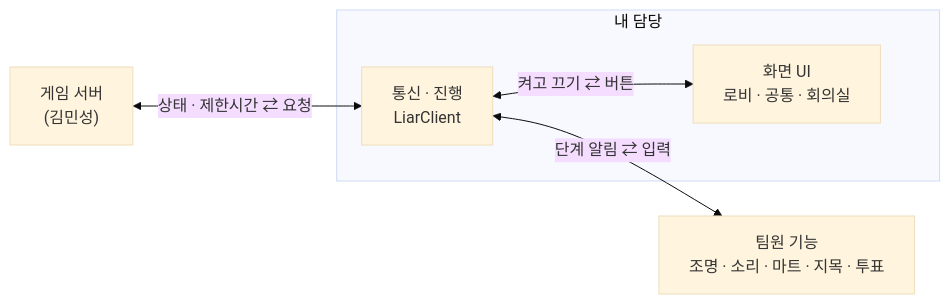
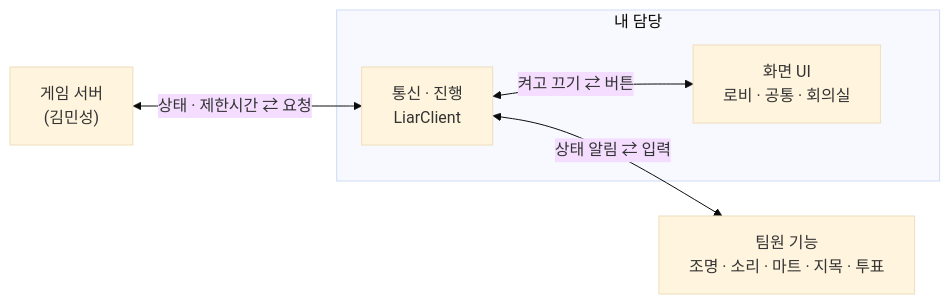
Before and after one commit to rlawlsdn77/portfolio: the second of 5 diagrams in src/IfIWasInMarket/IfIWasInMarket_기술문서.md, drawn with Mermaid (base theme). The commit also changed other lines of this file and 2 other files, not shown here.

````diff
--- a/src/IfIWasInMarket/IfIWasInMarket_기술문서.md
+++ b/src/IfIWasInMarket/IfIWasInMarket_기술문서.md
@@ -116,8 +121,8 @@
 ```mermaid
 flowchart LR
     SV["게임 서버<br/>(김민성)"] <-->|"상태 · 제한시간 ⇄ 요청"| LC
     subgraph MINE["내 담당"]
         LC["통신 · 진행<br/>LiarClient"] <-->|"켜고 끄기 ⇄ 버튼"| UI["화면 UI<br/>로비 · 공통 · 회의실"]
     end
-    LC <-->|"단계 알림 ⇄ 입력"| TEAM["팀원 기능<br/>조명 · 소리 · 마트 · 지목 · 투표"]
+    LC <-->|"상태 알림 ⇄ 입력"| TEAM["팀원 기능<br/>조명 · 소리 · 마트 · 지목 · 투표"]
 ```
````
